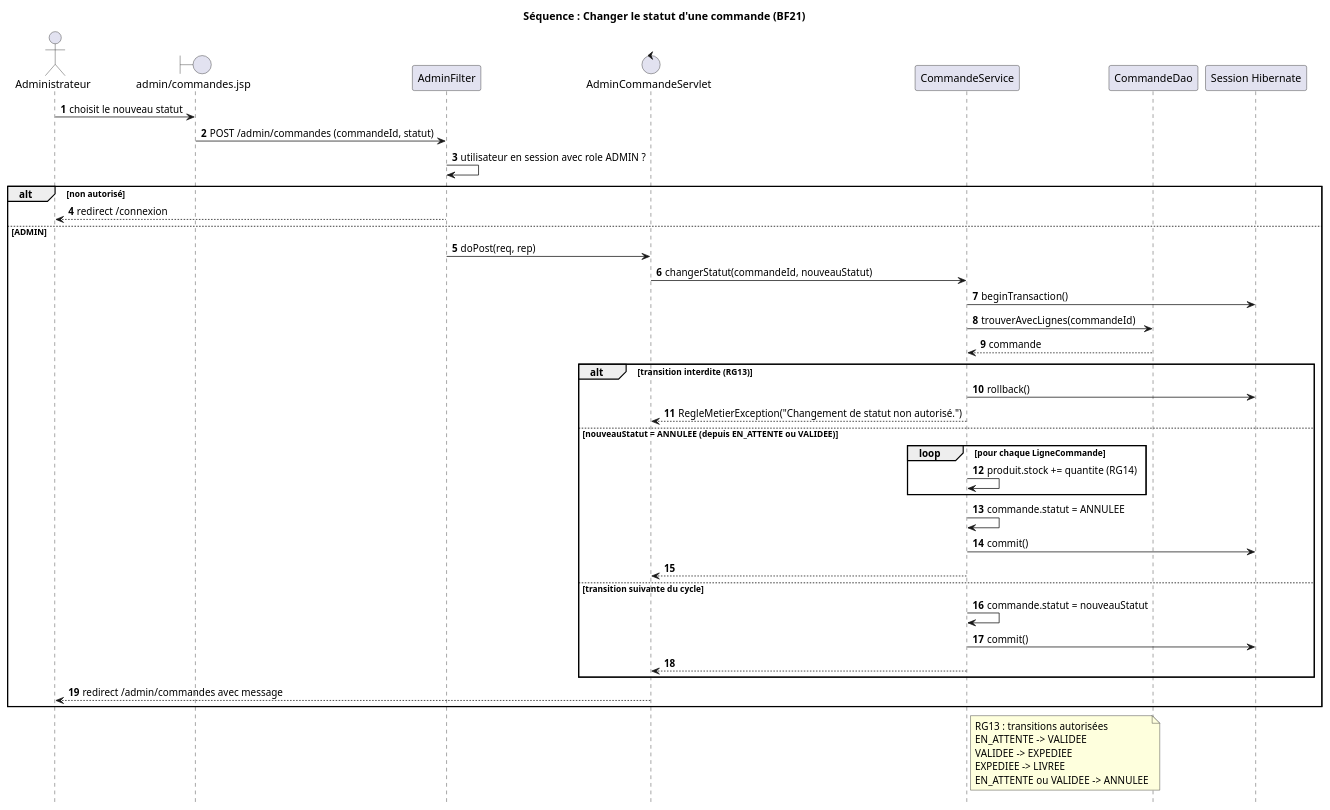
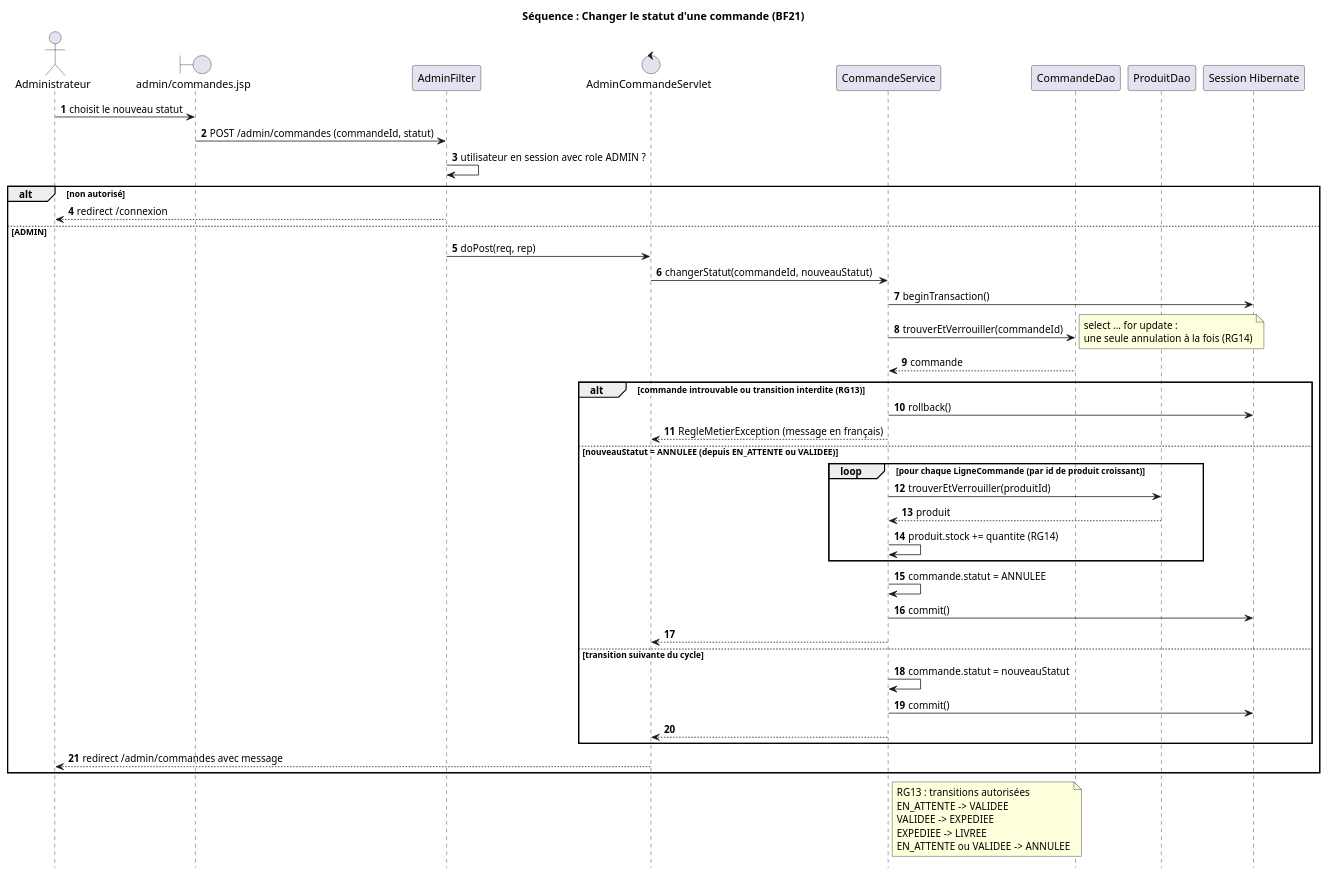
Before and after one commit to unk-user/Boutique-JEE: the diagram in docs/uml/sequence-changer-statut.puml, drawn with PlantUML. The commit also changed 3 other files, not shown here.

Commit message:
docs: verrou de la commande et libellés des statuts dans les diagrammes de conception

```diff
--- a/docs/uml/sequence-changer-statut.puml
+++ b/docs/uml/sequence-changer-statut.puml
@@ -1,52 +1,56 @@
 @startuml sequence-changer-statut
 title Séquence : Changer le statut d'une commande (BF21)
 autonumber
 hide footbox
 
 actor Administrateur as Admin
 boundary "admin/commandes.jsp" as Vue
 participant AdminFilter
 control AdminCommandeServlet
 participant CommandeService
 participant CommandeDao
+participant ProduitDao
 participant "Session Hibernate" as Session
 
 Admin -> Vue : choisit le nouveau statut
 Vue -> AdminFilter : POST /admin/commandes (commandeId, statut)
 AdminFilter -> AdminFilter : utilisateur en session avec role ADMIN ?
 alt non autorisé
   AdminFilter --> Admin : redirect /connexion
 else ADMIN
   AdminFilter -> AdminCommandeServlet : doPost(req, rep)
   AdminCommandeServlet -> CommandeService : changerStatut(commandeId, nouveauStatut)
   CommandeService -> Session : beginTransaction()
-  CommandeService -> CommandeDao : trouverAvecLignes(commandeId)
+  CommandeService -> CommandeDao : trouverEtVerrouiller(commandeId)
+  note right : select ... for update :\nune seule annulation à la fois (RG14)
   CommandeDao --> CommandeService : commande
 
-  alt transition interdite (RG13)
+  alt commande introuvable ou transition interdite (RG13)
     CommandeService -> Session : rollback()
-    CommandeService --> AdminCommandeServlet : RegleMetierException("Changement de statut non autorisé.")
+    CommandeService --> AdminCommandeServlet : RegleMetierException (message en français)
   else nouveauStatut = ANNULEE (depuis EN_ATTENTE ou VALIDEE)
-    loop pour chaque LigneCommande
+    loop pour chaque LigneCommande (par id de produit croissant)
+      CommandeService -> ProduitDao : trouverEtVerrouiller(produitId)
+      ProduitDao --> CommandeService : produit
       CommandeService -> CommandeService : produit.stock += quantite (RG14)
     end
     CommandeService -> CommandeService : commande.statut = ANNULEE
     CommandeService -> Session : commit()
     CommandeService --> AdminCommandeServlet
   else transition suivante du cycle
     CommandeService -> CommandeService : commande.statut = nouveauStatut
     CommandeService -> Session : commit()
     CommandeService --> AdminCommandeServlet
   end
 
   AdminCommandeServlet --> Admin : redirect /admin/commandes avec message
 end
 
 note right of CommandeService
   RG13 : transitions autorisées
   EN_ATTENTE -> VALIDEE
   VALIDEE -> EXPEDIEE
   EXPEDIEE -> LIVREE
   EN_ATTENTE ou VALIDEE -> ANNULEE
 end note
 @enduml
```
